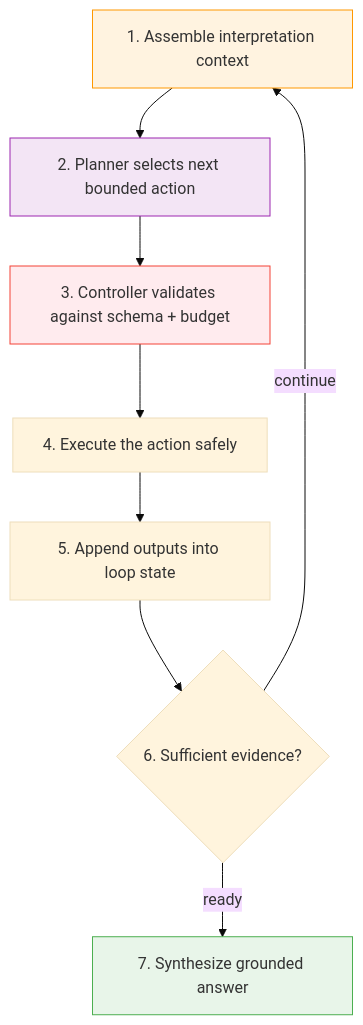
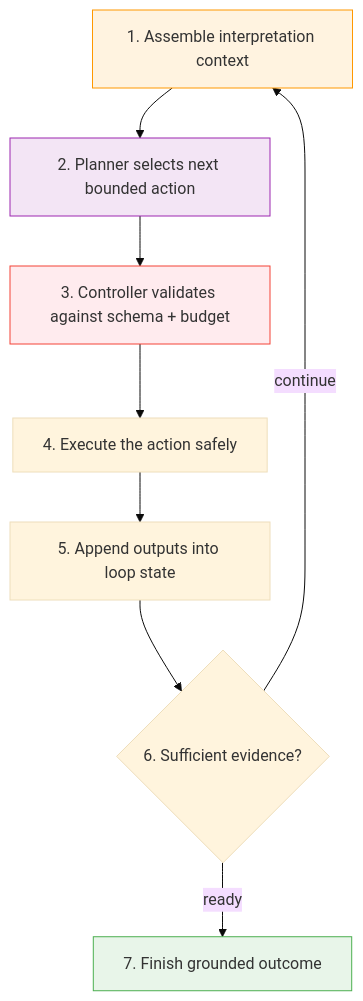
Before and after one commit to spoke-sh/paddles: the second of 3 diagrams in ARCHITECTURE.md, drawn with Mermaid (base theme). The commit also changed other lines of this file and 15 other files, not shown here.

First line of the commit message:
docs: document shared planner action schema contract

````diff
--- a/ARCHITECTURE.md
+++ b/ARCHITECTURE.md
@@ -386,19 +410,19 @@
 ```mermaid
 flowchart TD
     A["1. Assemble interpretation context"]
     B["2. Planner selects next bounded action"]
     C["3. Controller validates against schema + budget"]
     D["4. Execute the action safely"]
     E["5. Append outputs into loop state"]
     F{"6. Sufficient evidence?"}
-    G["7. Synthesize grounded answer"]
+    G["7. Finish grounded outcome"]
 
     A --> B --> C --> D --> E --> F
     F -->|"continue"| A
     F -->|"ready"| G
 
     style A fill:#fff3e0,stroke:#FF9800
     style B fill:#f3e5f5,stroke:#9C27B0
     style C fill:#ffebee,stroke:#f44336
     style G fill:#e8f5e9,stroke:#4CAF50
 ```
````
